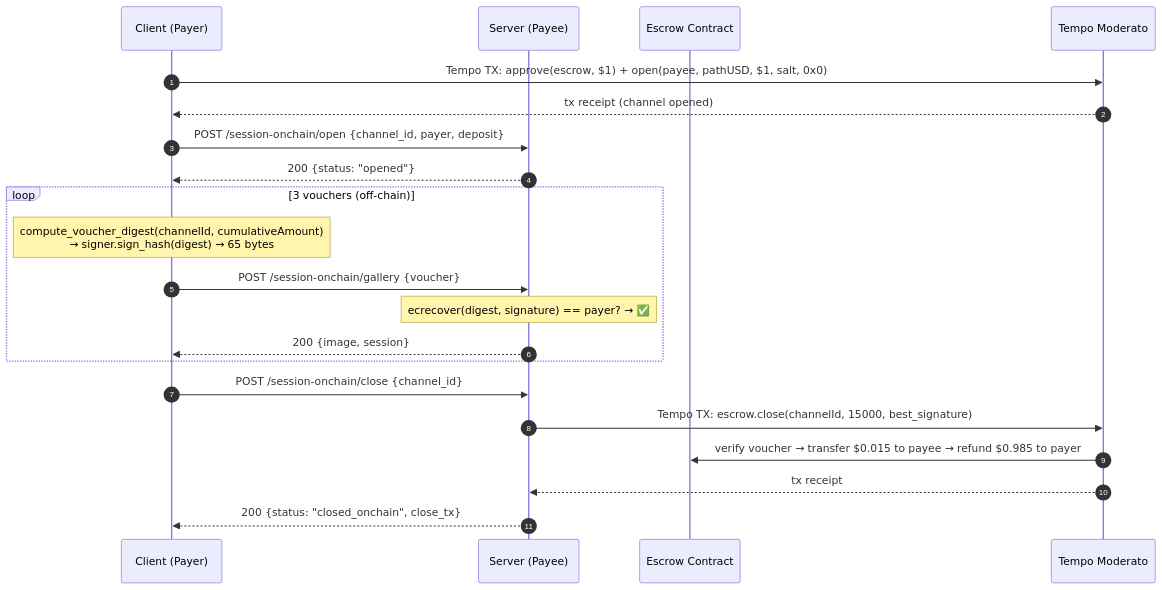
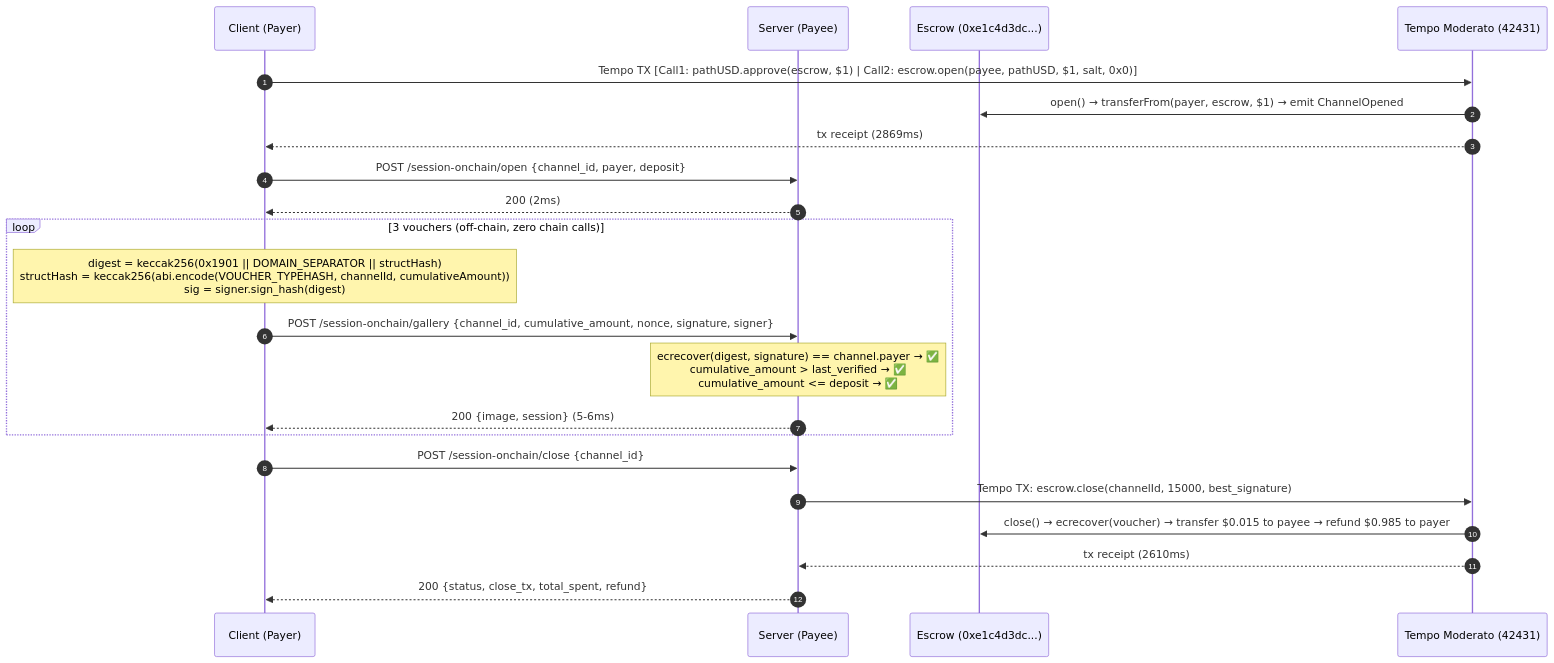
Before and after one commit to CTest101/mpp-python-demo: the second of 2 diagrams in docs/TEST_REPORT.md, drawn with Mermaid. The commit also changed other lines of this file, not shown here.

````diff
--- a/docs/TEST_REPORT.md
+++ b/docs/TEST_REPORT.md
@@ -129,26 +284,27 @@
 ```mermaid
 sequenceDiagram
     autonumber
     participant C as Client (Payer)
     participant S as Server (Payee)
-    participant E as Escrow Contract
-    participant T as Tempo Moderato
+    participant E as Escrow (0xe1c4d3dc...)
+    participant T as Tempo Moderato (42431)
 
-    C->>T: Tempo TX: approve(escrow, $1) + open(payee, pathUSD, $1, salt, 0x0)
-    T-->>C: tx receipt (channel opened)
+    C->>T: Tempo TX [Call1: pathUSD.approve(escrow, $1) | Call2: escrow.open(payee, pathUSD, $1, salt, 0x0)]
+    T->>E: open() → transferFrom(payer, escrow, $1) → emit ChannelOpened
+    T-->>C: tx receipt (2869ms)
     C->>S: POST /session-onchain/open {channel_id, payer, deposit}
-    S-->>C: 200 {status: "opened"}
+    S-->>C: 200 (2ms)
 
-    loop 3 vouchers (off-chain)
-        Note over C: compute_voucher_digest(channelId, cumulativeAmount)<br/>→ signer.sign_hash(digest) → 65 bytes
-        C->>S: POST /session-onchain/gallery {voucher}
-        Note over S: ecrecover(digest, signature) == payer? → ✅
-        S-->>C: 200 {image, session}
+    loop 3 vouchers (off-chain, zero chain calls)
+        Note over C: digest = keccak256(0x1901 || DOMAIN_SEPARATOR || structHash)<br/>structHash = keccak256(abi.encode(VOUCHER_TYPEHASH, channelId, cumulativeAmount))<br/>sig = signer.sign_hash(digest)
+        C->>S: POST /session-onchain/gallery {channel_id, cumulative_amount, nonce, signature, signer}
+        Note over S: ecrecover(digest, signature) == channel.payer → ✅<br/>cumulative_amount > last_verified → ✅<br/>cumulative_amount <= deposit → ✅
+        S-->>C: 200 {image, session} (5-6ms)
     end
 
     C->>S: POST /session-onchain/close {channel_id}
     S->>T: Tempo TX: escrow.close(channelId, 15000, best_signature)
-    T->>E: verify voucher → transfer $0.015 to payee → refund $0.985 to payer
-    T-->>S: tx receipt
-    S-->>C: 200 {status: "closed_onchain", close_tx}
+    T->>E: close() → ecrecover(voucher) → transfer $0.015 to payee → refund $0.985 to payer
+    T-->>S: tx receipt (2610ms)
+    S-->>C: 200 {status, close_tx, total_spent, refund}
 ```
````
